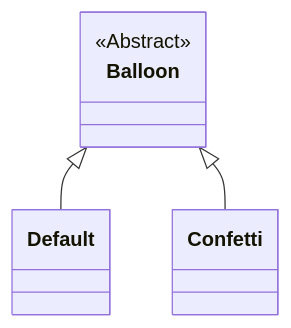
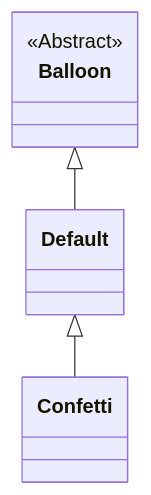
Before and after one commit to SimonStnn/pop-a-loon: the fifth of 5 diagrams in docs/README.md, drawn with Mermaid. The commit also changed other lines of this file, not shown here.

Commit message:
Update balloon uml diagrams

````diff
--- a/docs/README.md
+++ b/docs/README.md
@@ -389,8 +357,8 @@
 ```mermaid
 classDiagram
 direction BT
 class Balloon { <<Abstract>> }
 
 Default --|> Balloon
-Confetti --|> Balloon
+Confetti --|> Default
 ```
````
